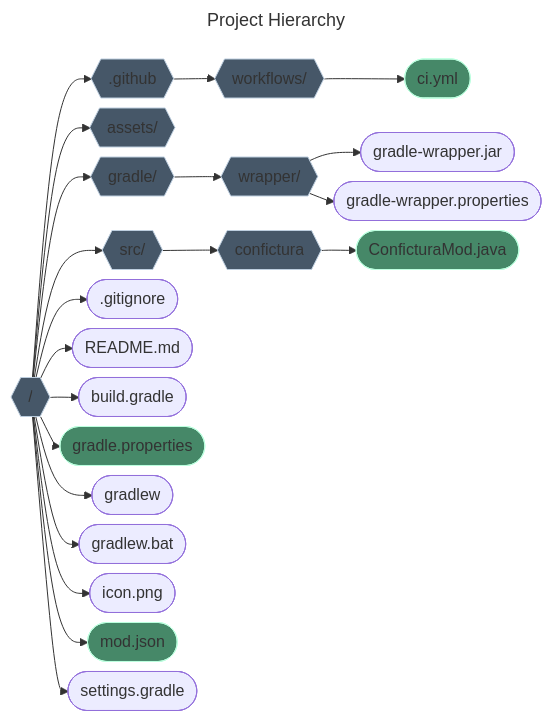
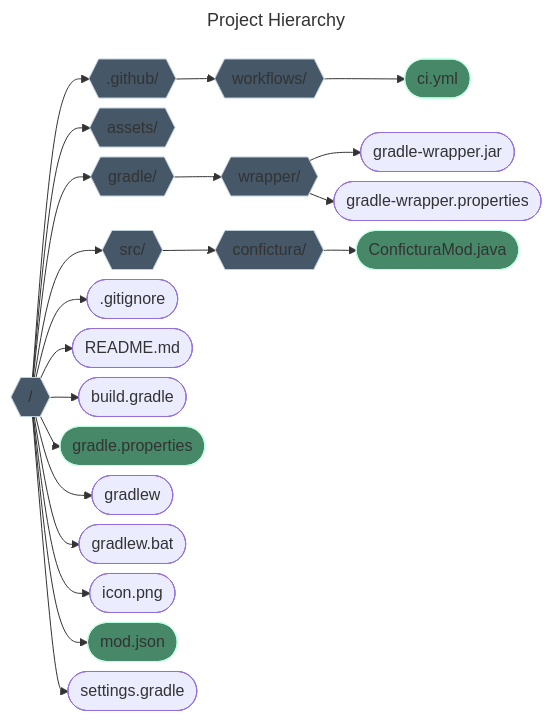
The first of 2 diagrams in README.md (GlennFolker/MindustryModTemplate), drawn with Mermaid before and after one commit. The commit also changed other lines of this file, not shown here.

````diff
--- a/README.md
+++ b/README.md
@@ -48,41 +48,41 @@
    ```mermaid
    ---
    title: Project Hierarchy
    ---
    graph LR;
    %%{init:{'flowchart':{'nodeSpacing': 10, 'rankSpacing': 10}}}%%;
    
    classDef folder fill:#465768,stroke:#bdcedf;
    classDef file fill:#468868,stroke:#bdffdf;
 
    root{{"/"}};
-   github{{".github"}};
+   github{{".github/"}};
    workflows{{"workflows/"}};
    assets{{"assets/"}};
    gradle{{"gradle/"}};
    wrapper{{"wrapper/"}};
    src{{"src/"}};
-   confictura{{"confictura"}};
+   confictura{{"confictura/"}};
    class root,github,workflows,assets,gradle,wrapper,src,confictura folder;
 
    ci(["ci.yml"]);
    wrapper-jar(["gradle-wrapper.jar"]);
    wrapper-prop(["gradle-wrapper.properties"]);
    main(["ConficturaMod.java"]);
    ignore([".gitignore"]);
    readme(["README.md"]);
    build(["build.gradle"]);
    prop(["gradle.properties"]);
    wrapper-unix(["gradlew"]);
    wrapper-windows(["gradlew.bat"]);
    icon(["icon.png"]);
    meta(["mod.json"]);
    settings(["settings.gradle"]);
    class ci,main,prop,meta file;
 
    root-->github-->workflows-->ci;
    root-->assets;
    root-->gradle-->wrapper-->wrapper-jar & wrapper-prop;
    root-->src-->confictura-->main;
    root-->ignore & readme & build & prop & wrapper-unix & wrapper-windows & icon & meta & settings;
    ```
````
